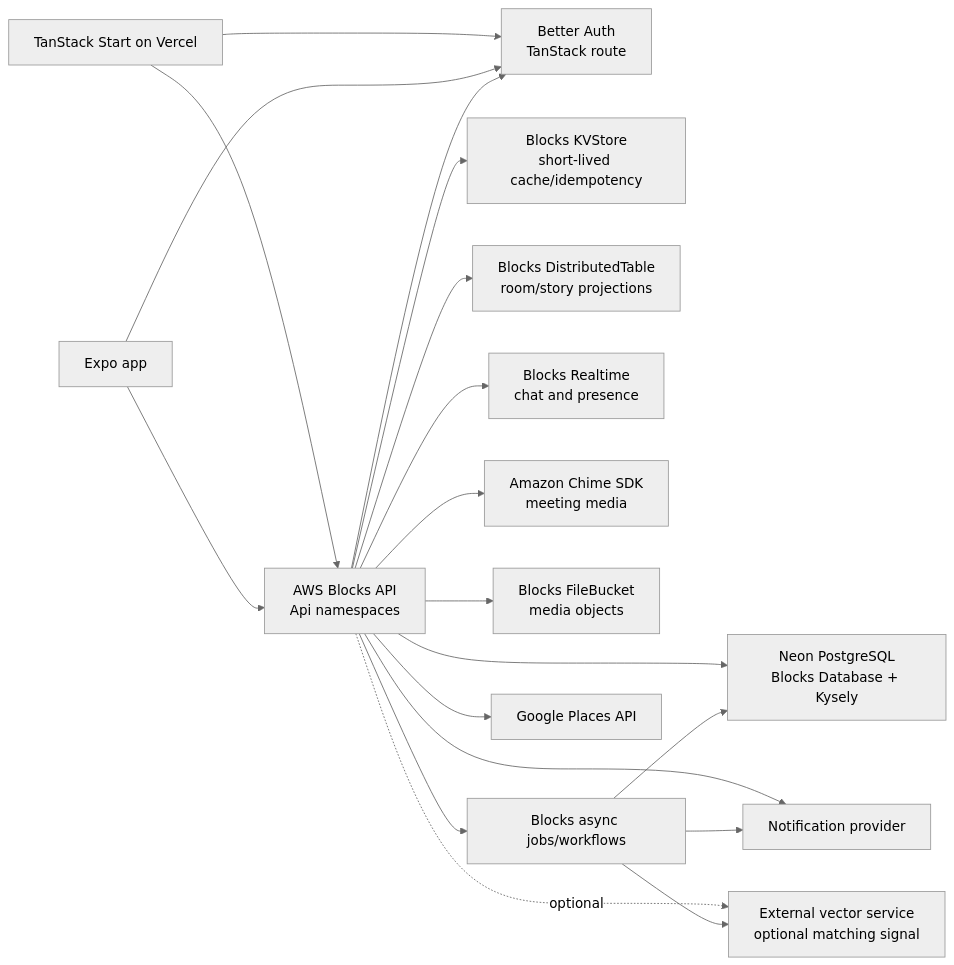
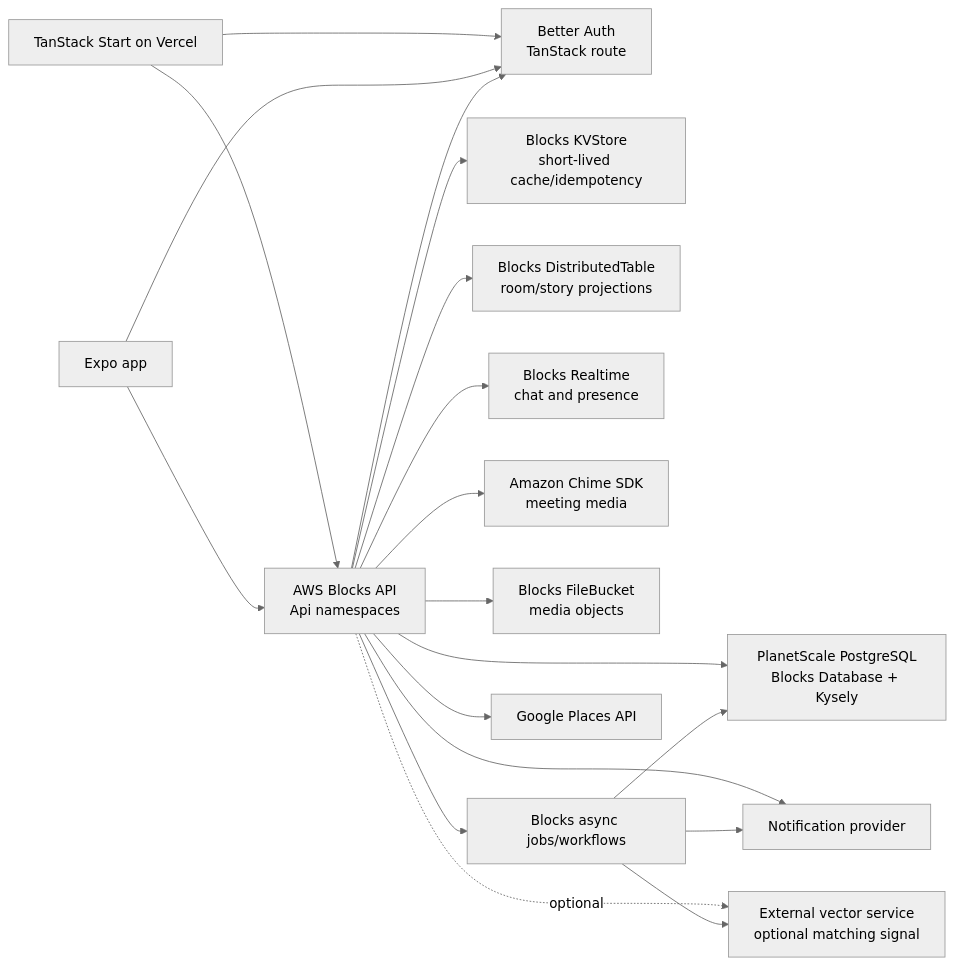
Before and after one commit to Rocktown-Labs/chewbuu: the first of 2 diagrams in ARCHITECTURE.md, drawn with Mermaid (neutral theme). The commit also changed 43 other files, not shown here.

Commit message:
Migrate Better Auth and database tooling to Kysely

````diff
--- a/ARCHITECTURE.md
+++ b/ARCHITECTURE.md
@@ -5,37 +5,37 @@
 ```mermaid
 flowchart LR
   web["TanStack Start on Vercel"]
   expo["Expo app"]
   auth["Better Auth\nTanStack route"]
   blocks["AWS Blocks API\nApi namespaces"]
-  db["Neon PostgreSQL\nBlocks Database + Kysely"]
+  db["PlanetScale PostgreSQL\nBlocks Database + Kysely"]
   kv["Blocks KVStore\nshort-lived cache/idempotency"]
   table["Blocks DistributedTable\nroom/story projections"]
   realtime["Blocks Realtime\nchat and presence"]
   chime["Amazon Chime SDK\nmeeting media"]
   storage["Blocks FileBucket\nmedia objects"]
   jobs["Blocks async jobs/workflows"]
   places["Google Places API"]
   notify["Notification provider"]
   vectors["External vector service\noptional matching signal"]
 
   web --> auth
   expo --> auth
   web --> blocks
   expo --> blocks
   blocks --> auth
   blocks --> db
   blocks --> kv
   blocks --> table
   blocks --> realtime
   blocks --> chime
   blocks --> storage
   blocks --> jobs
   blocks --> places
   blocks --> notify
   blocks -. optional .-> vectors
 
   jobs --> db
   jobs --> notify
   jobs --> vectors
 ```
````
